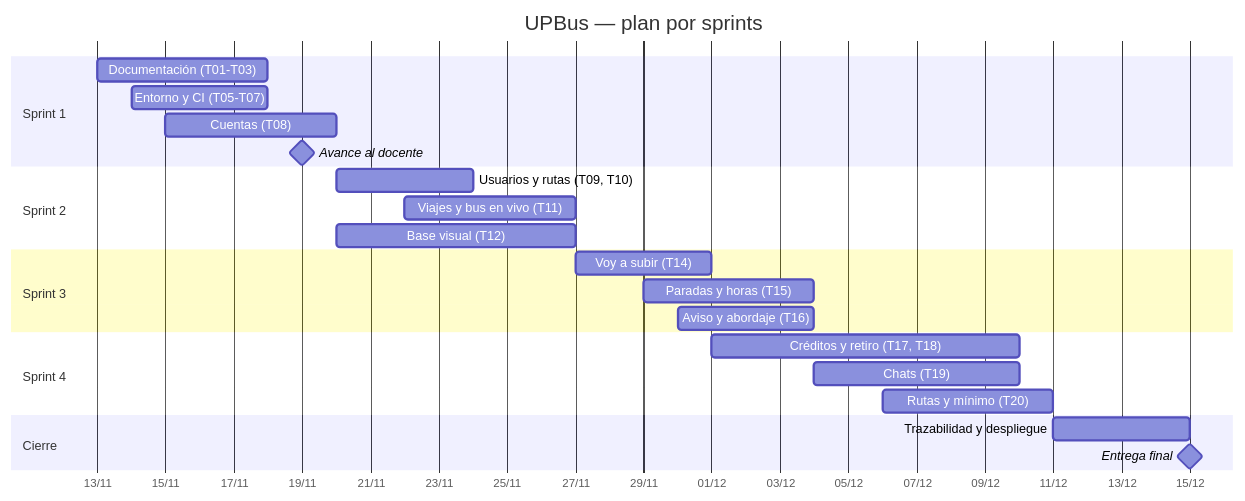
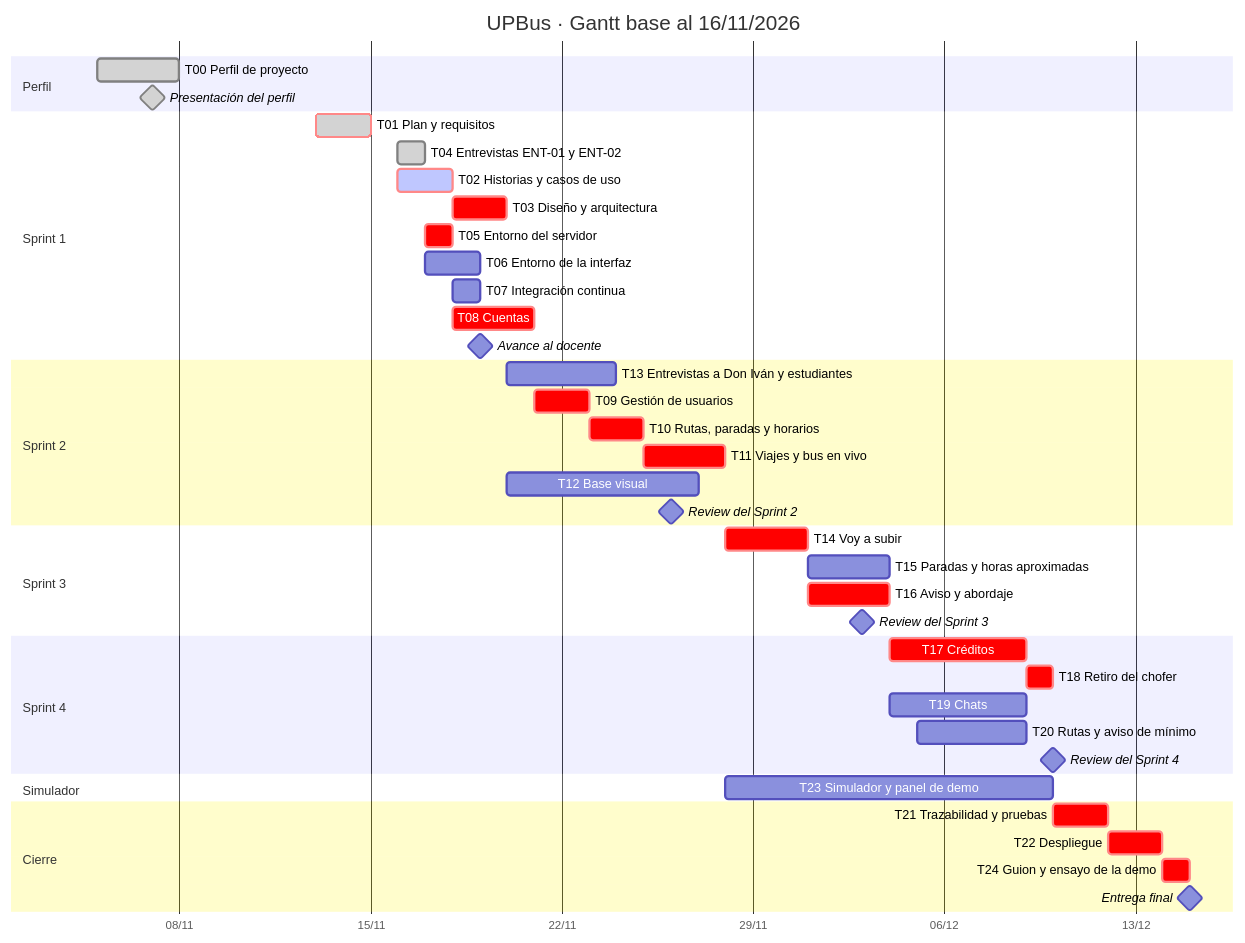
Before and after one commit to hugozuniga770/UPBus: the second of 2 diagrams in docs/sesion-08-09-plan.md, drawn with Mermaid. The commit also changed other lines of this file and 7 other files, not shown here.

Commit message:
Entrevistas ENT-01 y ENT-02, costos, Gantt y diagramas de secuencia

````diff
--- a/docs/sesion-08-09-plan.md
+++ b/docs/sesion-08-09-plan.md
@@ -106,26 +135,45 @@
 ```mermaid
 gantt
-    title UPBus — plan por sprints
+    title UPBus · Gantt base al 16/11/2026
     dateFormat YYYY-MM-DD
     axisFormat %d/%m
+    todayMarker off
+    section Perfil
+    T00 Perfil de proyecto              :done, t00, 2026-11-05, 3d
+    Presentación del perfil             :milestone, done, m0, 2026-11-07, 0d
     section Sprint 1
-    Documentación (T01-T03)        :2026-11-13, 5d
-    Entorno y CI (T05-T07)         :2026-11-14, 4d
-    Cuentas (T08)                  :2026-11-15, 5d
-    Avance al docente              :milestone, 2026-11-19, 0d
+    T01 Plan y requisitos               :done, crit, t01, 2026-11-13, 2d
+    T04 Entrevistas ENT-01 y ENT-02     :done, t04, 2026-11-16, 1d
+    T02 Historias y casos de uso        :active, crit, t02, 2026-11-16, 2d
+    T03 Diseño y arquitectura           :crit, t03, after t02, 2d
+    T05 Entorno del servidor            :crit, t05, 2026-11-17, 1d
+    T06 Entorno de la interfaz          :t06, 2026-11-17, 2d
+    T07 Integración continua            :t07, after t05, 1d
+    T08 Cuentas                         :crit, t08, 2026-11-18, 3d
+    Avance al docente                   :milestone, m1, 2026-11-19, 0d
     section Sprint 2
-    Usuarios y rutas (T09, T10)    :2026-11-20, 4d
-    Viajes y bus en vivo (T11)     :2026-11-22, 5d
-    Base visual (T12)              :2026-11-20, 7d
+    T13 Entrevistas a Don Iván y estudiantes :t13, 2026-11-20, 4d
+    T09 Gestión de usuarios             :crit, t09, after t08, 2d
+    T10 Rutas, paradas y horarios       :crit, t10, after t09, 2d
+    T11 Viajes y bus en vivo            :crit, t11, after t10, 3d
+    T12 Base visual                     :t12, 2026-11-20, 7d
+    Review del Sprint 2                 :milestone, m2, 2026-11-26, 0d
     section Sprint 3
-    Voy a subir (T14)              :2026-11-27, 4d
-    Paradas y horas (T15)          :2026-11-29, 5d
-    Aviso y abordaje (T16)         :2026-11-30, 4d
+    T14 Voy a subir                     :crit, t14, after t11, 3d
+    T15 Paradas y horas aproximadas     :t15, after t14, 3d
+    T16 Aviso y abordaje                :crit, t16, after t14, 3d
+    Review del Sprint 3                 :milestone, m3, 2026-12-03, 0d
     section Sprint 4
-    Créditos y retiro (T17, T18)   :2026-12-01, 9d
-    Chats (T19)                    :2026-12-04, 6d
-    Rutas y mínimo (T20)           :2026-12-06, 5d
+    T17 Créditos                        :crit, t17, after t16, 5d
+    T18 Retiro del chofer               :crit, t18, after t17, 1d
+    T19 Chats                           :t19, 2026-12-04, 5d
+    T20 Rutas y aviso de mínimo         :t20, 2026-12-05, 4d
+    Review del Sprint 4                 :milestone, m4, 2026-12-10, 0d
+    section Simulador
+    T23 Simulador y panel de demo       :t23, after t11, 12d
     section Cierre
-    Trazabilidad y despliegue      :2026-12-11, 4d
-    Entrega final                  :milestone, 2026-12-15, 0d
+    T21 Trazabilidad y pruebas          :crit, t21, after t18, 2d
+    T22 Despliegue                      :crit, t22, after t21, 2d
+    T24 Guion y ensayo de la demo       :crit, t24, after t22, 1d
+    Entrega final                       :milestone, m5, 2026-12-15, 0d
 ```
````
